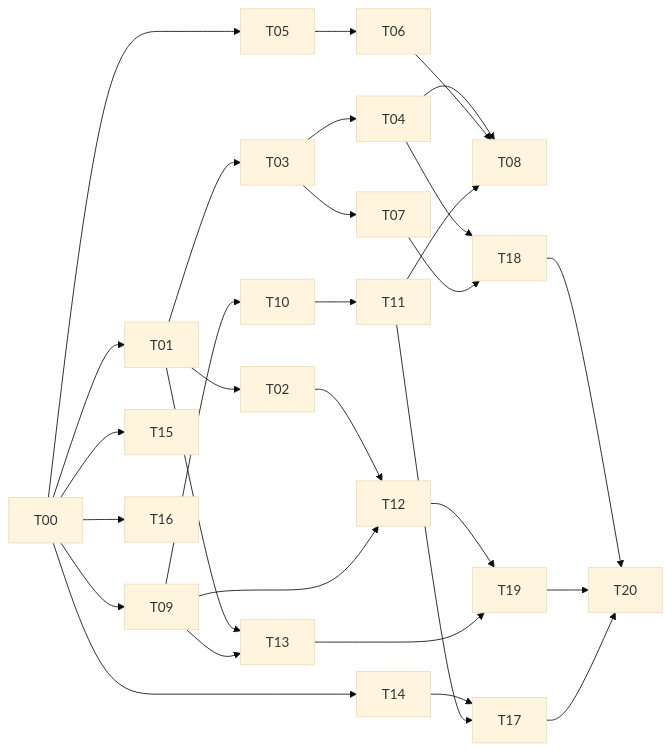
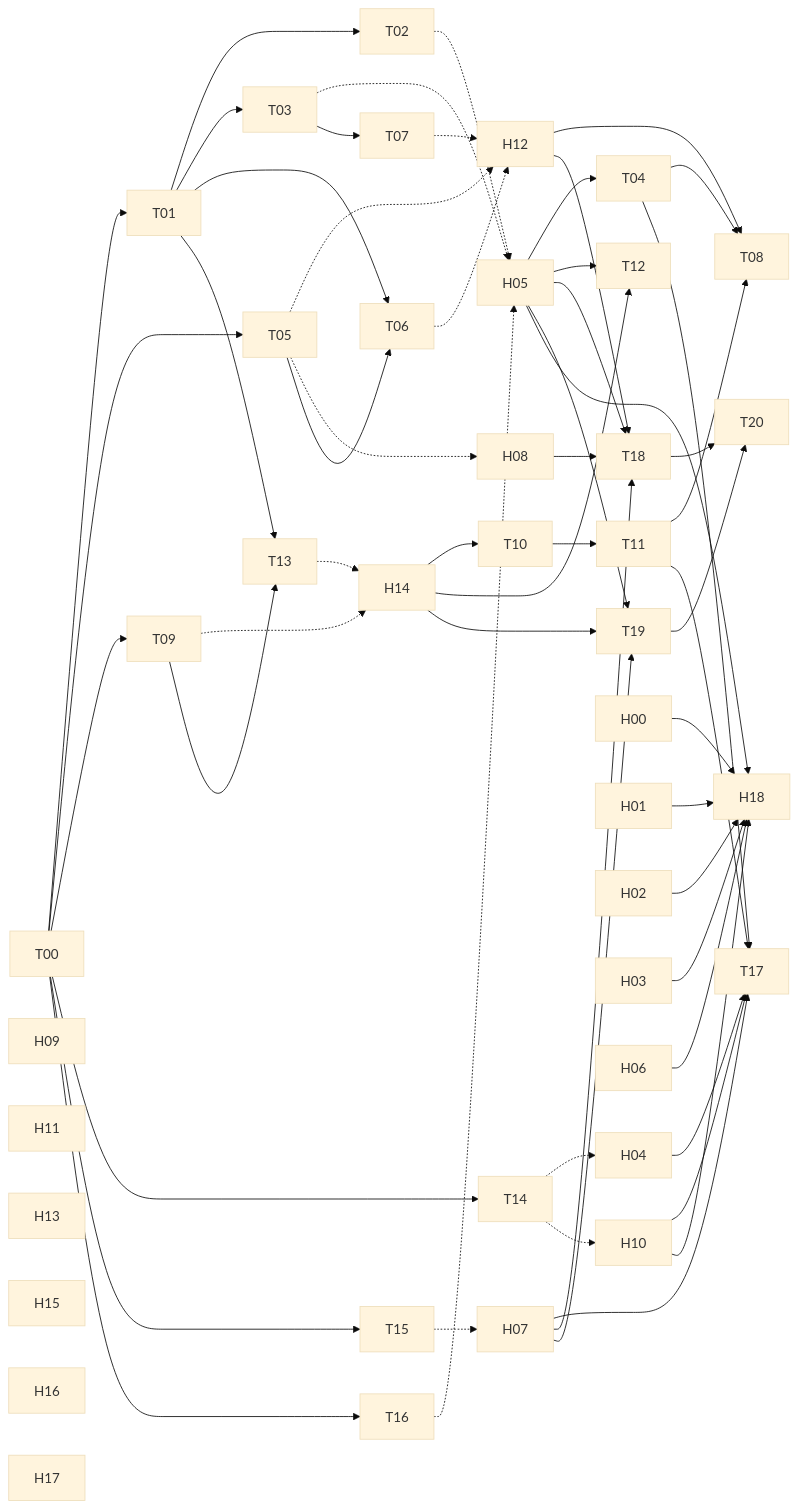
The diagram in docs/routes/work-breakdown.md (cuiyucheng0104-afk/beiming-engine), drawn with Mermaid (base theme) before and after one commit. The commit also changed other lines of this file and 4 other files, not shown here.

````diff
--- a/docs/routes/work-breakdown.md
+++ b/docs/routes/work-breakdown.md
@@ -47,26 +54,63 @@
 ```mermaid
 flowchart LR
-  T00 --> T01 --> T03 --> T04
-  T00 --> T05 --> T06
+  T00 --> T01
+  T01 --> T02
+  T02 -.-> H05
+  T01 --> T03
+  T03 -.-> H05
+  H05 --> T04
+  T00 --> T05
+  T05 -.-> H12
+  T05 -.-> H08
+  T05 --> T06
+  T01 --> T06
+  T06 -.-> H12
   T03 --> T07
-  T00 --> T09 --> T10 --> T11
-  T01 --> T02 --> T12
-  T09 --> T12
+  T07 -.-> H12
+  T04 --> T08
+  H12 --> T08
+  T11 --> T08
+  T00 --> T09
+  T09 -.-> H14
+  H14 --> T10
+  T10 --> T11
+  H14 --> T12
+  H05 --> T12
+  T09 --> T13
   T01 --> T13
-  T09 --> T13
-  T04 --> T08
-  T06 --> T08
-  T11 --> T08
+  T13 -.-> H14
   T00 --> T14
+  T14 -.-> H04
+  T14 -.-> H10
   T00 --> T15
+  T15 -.-> H07
   T00 --> T16
-  T04 --> T18
-  T07 --> T18
-  T12 --> T19
-  T13 --> T19
-  T14 --> T17
+  T16 -.-> H05
+  T04 --> T17
   T11 --> T17
+  H04 --> T17
+  H10 --> T17
+  H07 --> T17
+  H12 --> T18
+  H08 --> T18
+  H07 --> T18
+  H05 --> T18
+  H14 --> T19
+  H07 --> T19
+  H05 --> T19
   T18 --> T20
   T19 --> T20
-  T17 --> T20
+  H00 --> H18
+  H01 --> H18
+  H02 --> H18
+  H03 --> H18
+  H05 --> H18
+  H06 --> H18
+  H10 --> H18
+  H09
+  H11
+  H13
+  H15
+  H16
+  H17
 ```
````
